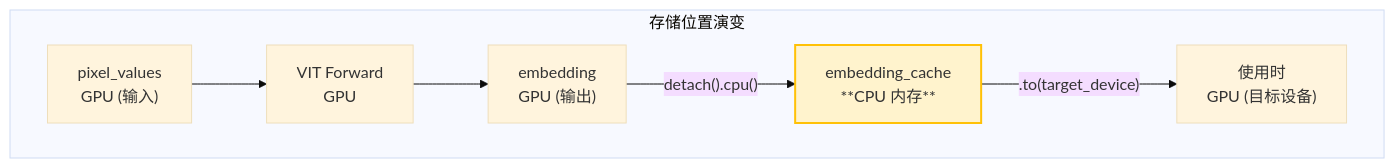
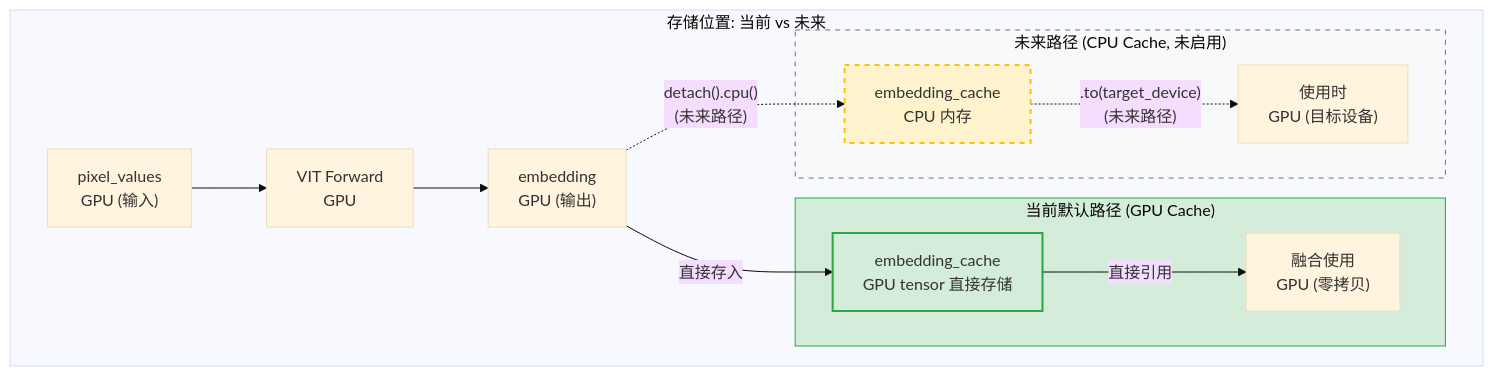
The second of 13 diagrams in SGLang/11-multimodal.md (wesleyck/AIInfraNotes), drawn with Mermaid (base theme) before and after one commit. The commit also changed other lines of this file and 26 other files, not shown here.

````diff
--- a/SGLang/11-multimodal.md
+++ b/SGLang/11-multimodal.md
@@ -453,17 +552,30 @@
 ```mermaid
 flowchart TB
-    subgraph Storage["存储位置演变"]
+    subgraph Storage["存储位置: 当前 vs 未来"]
         direction LR
         PV["pixel_values<br/>GPU (输入)"]
         VIT["VIT Forward<br/>GPU"]
         EMB["embedding<br/>GPU (输出)"]
-        CACHE["embedding_cache<br/>**CPU 内存**"]
-        USE["使用时<br/>GPU (目标设备)"]
+
+        subgraph Current["当前默认路径 (GPU Cache)"]
+            GPU_CACHE["embedding_cache<br/>GPU tensor 直接存储"]
+            GPU_USE["融合使用<br/>GPU (零拷贝)"]
+        end
+
+        subgraph Future["未来路径 (CPU Cache, 未启用)"]
+            CPU_CACHE["embedding_cache<br/>CPU 内存"]
+            CPU_USE["使用时<br/>GPU (目标设备)"]
+        end
 
         PV --> VIT --> EMB
-        EMB -->|"detach().cpu()"| CACHE
-        CACHE -->|".to(target_device)"| USE
+        EMB -->|"直接存入"| GPU_CACHE
+        GPU_CACHE -->|"直接引用"| GPU_USE
+        EMB -.->|"detach().cpu()<br/>(未来路径)"| CPU_CACHE
+        CPU_CACHE -.->|".to(target_device)<br/>(未来路径)"| CPU_USE
     end
 
-    style CACHE fill:#fff3cd,stroke:#ffc107,stroke-width:2px
+    style GPU_CACHE fill:#d4edda,stroke:#28a745,stroke-width:2px
+    style CPU_CACHE fill:#fff3cd,stroke:#ffc107,stroke-width:2px,stroke-dasharray: 5 5
+    style Current fill:#d4edda,stroke:#28a745
+    style Future fill:#f8f9fa,stroke:#6c757d,stroke-dasharray: 5 5
 ```
````
